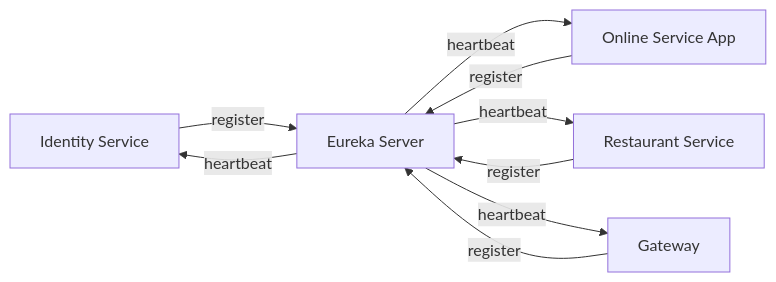
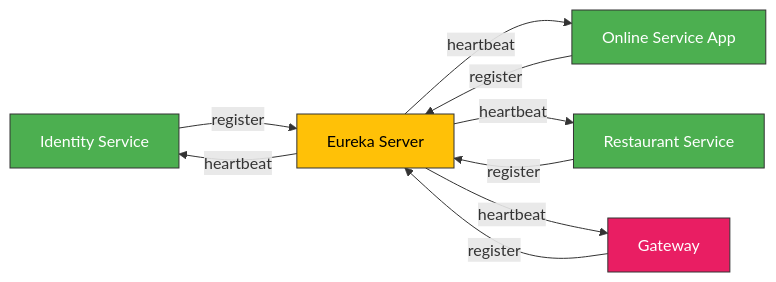
The second of 11 diagrams in README.md (sawmikcuet19/auth-microservices), drawn with Mermaid before and after one commit. The commit also changed other lines of this file, not shown here.

First line of the commit message:
Fix README mermaid diagram colors for better readability

````diff
--- a/README.md
+++ b/README.md
@@ -68,11 +72,17 @@
 ```mermaid
 graph LR
     S1[Identity Service] -->|register| E[Eureka Server]
     S2[Online Service App] -->|register| E
     S3[Restaurant Service] -->|register| E
     S4[Gateway] -->|register| E
     E -->|heartbeat| S1
     E -->|heartbeat| S2
     E -->|heartbeat| S3
     E -->|heartbeat| S4
+
+    style E fill:#FFC107,stroke:#333,color:#000
+    style S1 fill:#4CAF50,stroke:#333,color:#fff
+    style S2 fill:#4CAF50,stroke:#333,color:#fff
+    style S3 fill:#4CAF50,stroke:#333,color:#fff
+    style S4 fill:#E91E63,stroke:#333,color:#fff
 ```
````
